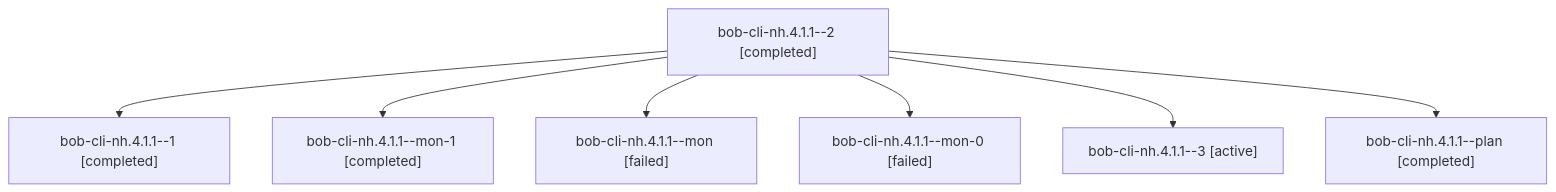
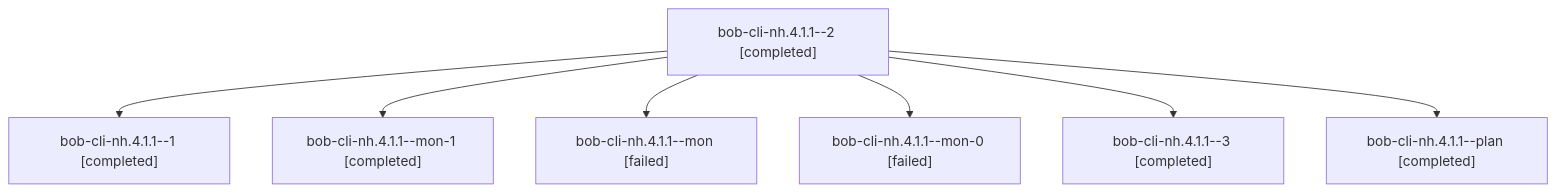
One commit to bobs-org/bob-cli--agents changed the diagram in sessions/bbugyi200.athena.bob-cli-nh.4.1.1.md. Above: the diagram before and after it, drawn with Mermaid. The commit also changed other lines of this file and 106 other files, not shown here.

````diff
--- a/sessions/bbugyi200.athena.bob-cli-nh.4.1.1.md
+++ b/sessions/bbugyi200.athena.bob-cli-nh.4.1.1.md
@@ -9,16 +9,16 @@
 ```mermaid
 flowchart TD
   n0["bob-cli-nh.4.1.1--2 [completed]"]
   n1["bob-cli-nh.4.1.1--1 [completed]"]
   n0 --> n1
   n2["bob-cli-nh.4.1.1--mon-1 [completed]"]
   n0 --> n2
   n3["bob-cli-nh.4.1.1--mon [failed]"]
   n0 --> n3
   n4["bob-cli-nh.4.1.1--mon-0 [failed]"]
   n0 --> n4
-  n5["bob-cli-nh.4.1.1--3 [active]"]
+  n5["bob-cli-nh.4.1.1--3 [completed]"]
   n0 --> n5
   n6["bob-cli-nh.4.1.1--plan [completed]"]
   n0 --> n6
 ```
````
